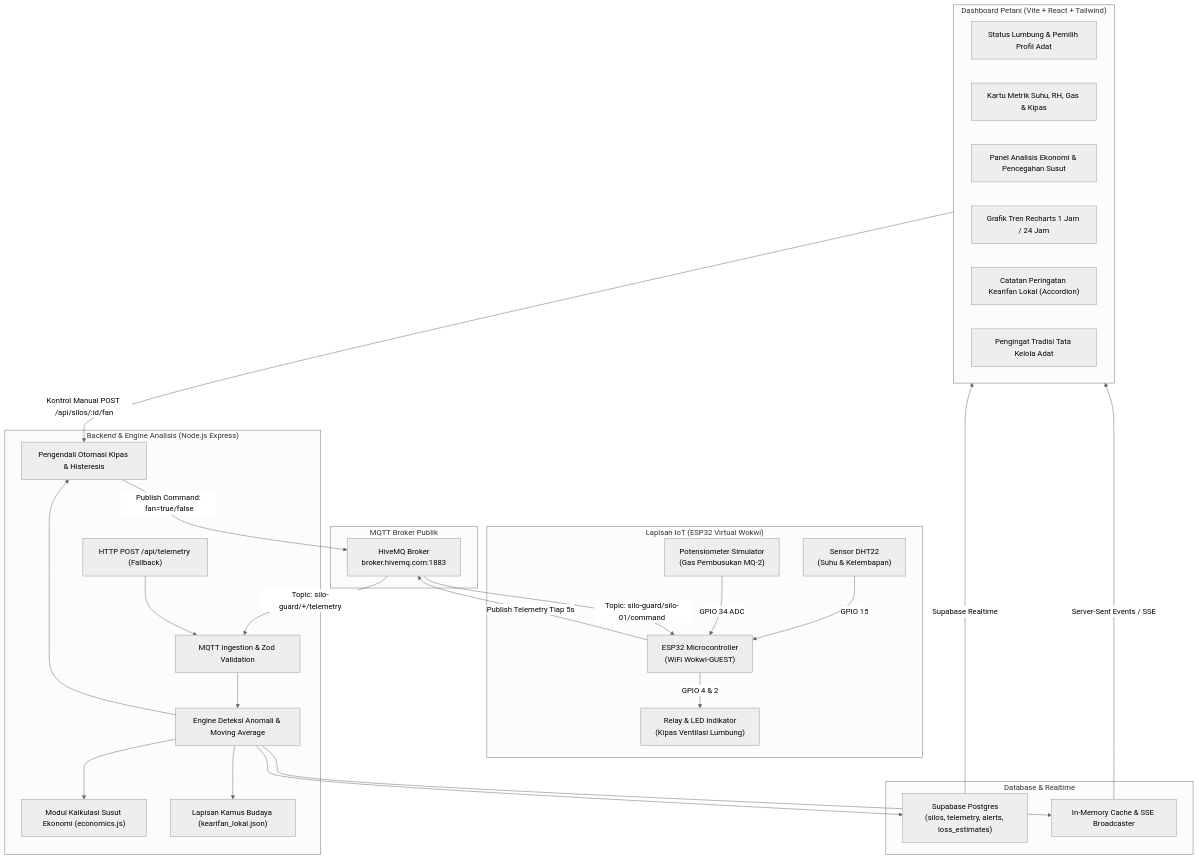
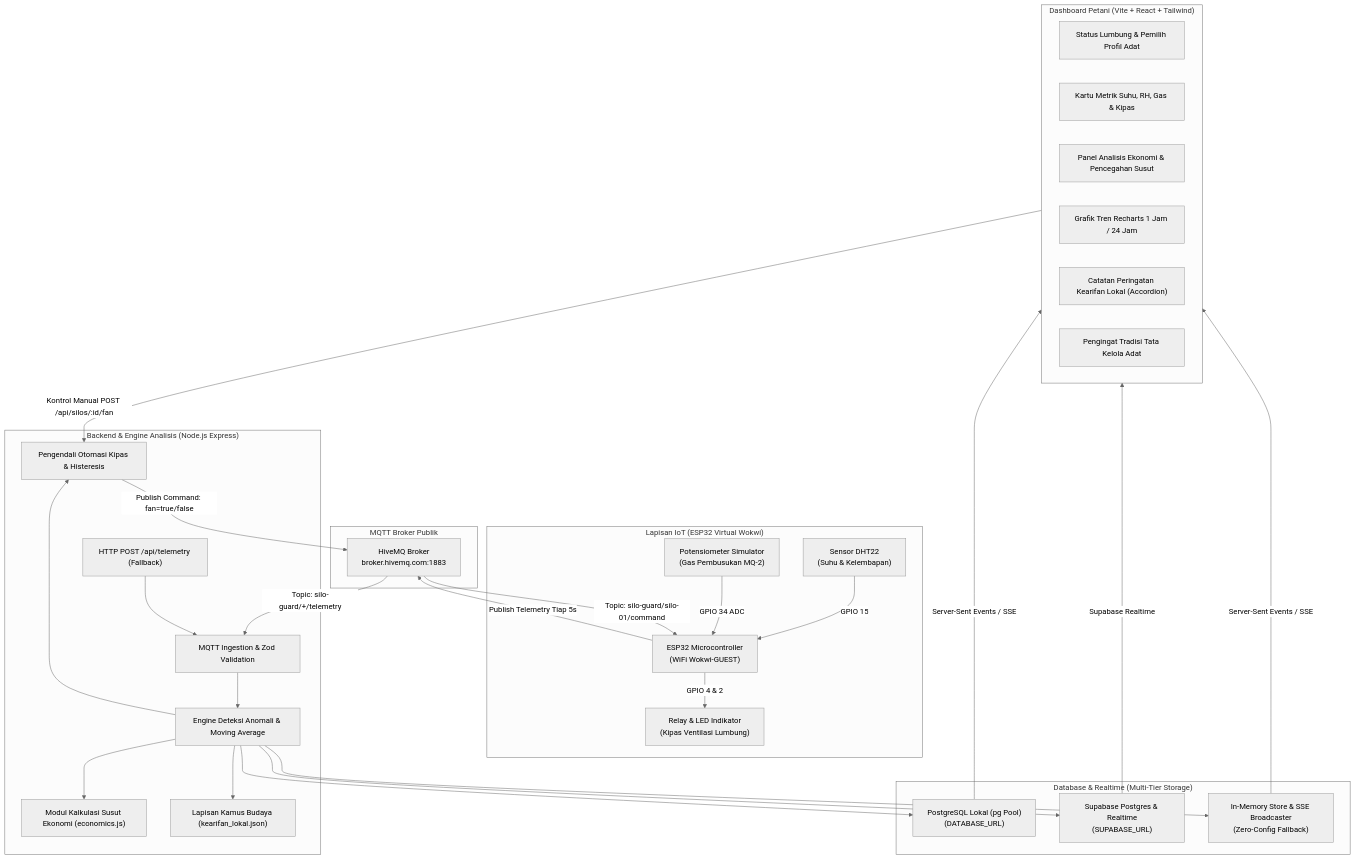
One commit to FaiqAkrom/PIB-Midterm-Project changed the diagram in README.md. Above: the diagram before and after it, drawn with Mermaid (neutral theme). The commit also changed other lines of this file, not shown here.

````diff
--- a/README.md
+++ b/README.md
@@ -22,60 +22,63 @@
 ```mermaid
 graph TD
     subgraph Edge_IoT["Lapisan IoT (ESP32 Virtual Wokwi)"]
         DHT["Sensor DHT22<br/>(Suhu & Kelembapan)"]
         MQ["Potensiometer Simulator<br/>(Gas Pembusukan MQ-2)"]
         RELAY["Relay & LED Indikator<br/>(Kipas Ventilasi Lumbung)"]
         ESP["ESP32 Microcontroller<br/>(WiFi Wokwi-GUEST)"]
 
         DHT -->|GPIO 15| ESP
         MQ -->|GPIO 34 ADC| ESP
         ESP -->|GPIO 4 & 2| RELAY
     end
 
     subgraph Broker["MQTT Broker Publik"]
         HIVEMQ["HiveMQ Broker<br/>broker.hivemq.com:1883"]
     end
 
     subgraph Backend_Cloud["Backend & Engine Analisis (Node.js Express)"]
         MQTT_IN["MQTT Ingestion & Zod Validation"]
         HTTP_FALLBACK["HTTP POST /api/telemetry (Fallback)"]
         ANOMALY["Engine Deteksi Anomali & Moving Average"]
         ECONOMICS["Modul Kalkulasi Susut Ekonomi (economics.js)"]
         FAN_CTRL["Pengendali Otomasi Kipas & Histeresis"]
         LOCALE_LAYER["Lapisan Kamus Budaya (kearifan_lokal.json)"]
     end
 
-    subgraph Storage["Database & Realtime"]
-        SUPABASE["Supabase Postgres<br/>(silos, telemetry, alerts, loss_estimates)"]
-        FALLBACK_STORE["In-Memory Cache & SSE Broadcaster"]
+    subgraph Storage["Database & Realtime (Multi-Tier Storage)"]
+        PG_LOCAL["PostgreSQL Lokal (pg Pool)<br/>(DATABASE_URL)"]
+        SUPABASE["Supabase Postgres & Realtime<br/>(SUPABASE_URL)"]
+        FALLBACK_STORE["In-Memory Store & SSE Broadcaster<br/>(Zero-Config Fallback)"]
     end
 
     subgraph Frontend["Dashboard Petani (Vite + React + Tailwind)"]
         DASH_HEADER["Status Lumbung & Pemilih Profil Adat"]
         DASH_CARDS["Kartu Metrik Suhu, RH, Gas & Kipas"]
         DASH_GAUGE["Panel Analisis Ekonomi & Pencegahan Susut"]
         DASH_CHART["Grafik Tren Recharts 1 Jam / 24 Jam"]
         DASH_ALERTS["Catatan Peringatan Kearifan Lokal (Accordion)"]
         DASH_TRADISI["Pengingat Tradisi Tata Kelola Adat"]
     end
 
     %% Jalur Data
     ESP -->|Publish Telemetry Tiap 5s| HIVEMQ
     HIVEMQ -->|Topic: silo-guard/+/telemetry| MQTT_IN
     HTTP_FALLBACK --> MQTT_IN
     
     MQTT_IN --> ANOMALY
     ANOMALY --> FAN_CTRL
     ANOMALY --> ECONOMICS
     ANOMALY --> LOCALE_LAYER
 
     FAN_CTRL -->|Publish Command: fan=true/false| HIVEMQ
     HIVEMQ -->|Topic: silo-guard/silo-01/command| ESP
 
+    ANOMALY --> PG_LOCAL
     ANOMALY --> SUPABASE
     ANOMALY --> FALLBACK_STORE
     
+    PG_LOCAL -->|Server-Sent Events / SSE| Frontend
     SUPABASE -->|Supabase Realtime| Frontend
     FALLBACK_STORE -->|Server-Sent Events / SSE| Frontend
     Frontend -->|Kontrol Manual POST /api/silos/:id/fan| FAN_CTRL
 ```
````
